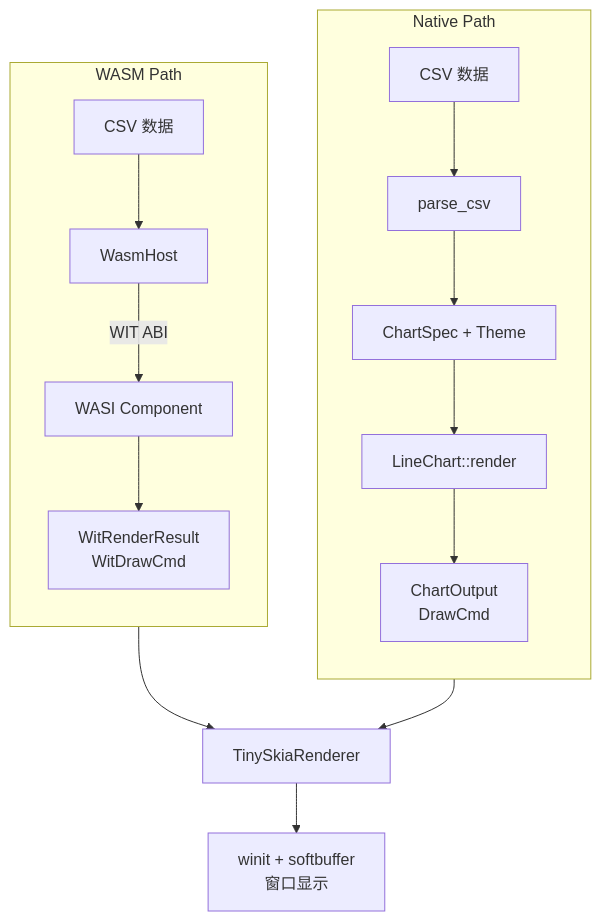
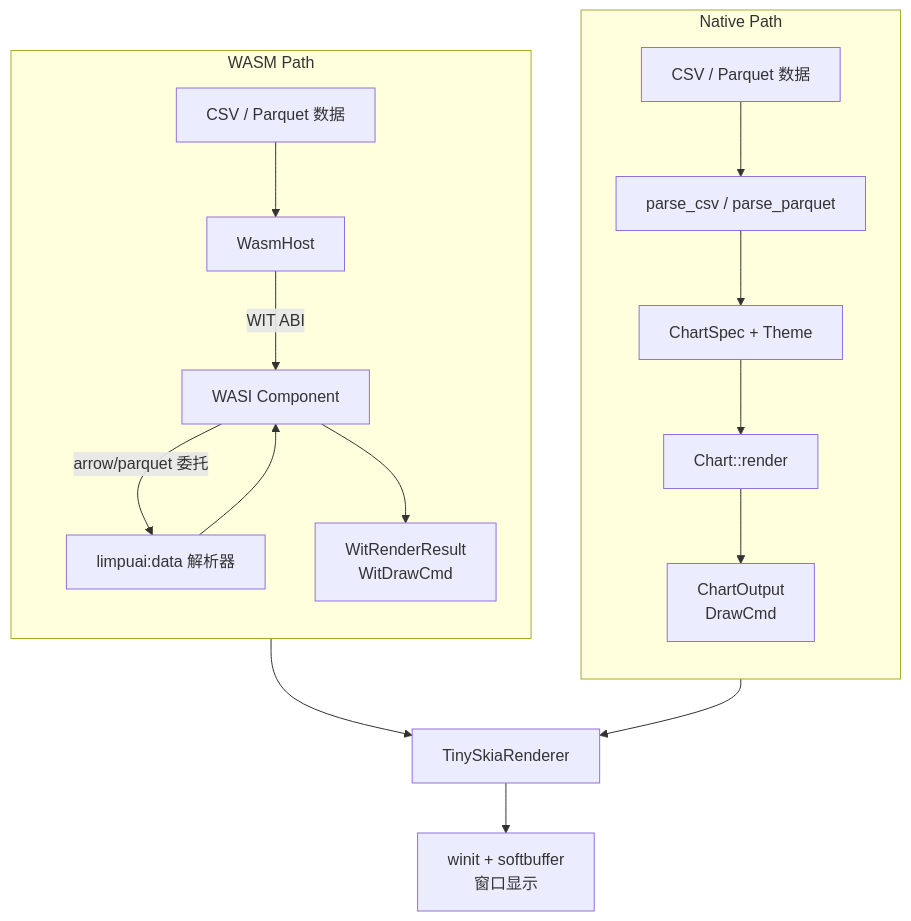
The first of 2 diagrams in docs/demo.md (LimpuAI/deneb-rs), drawn with Mermaid before and after one commit. The commit also changed other lines of this file and 29 other files, not shown here.

First line of the commit message:
feat: integrate limpuai-wit Arrow/Parquet parsers via WASI Component Model

````diff
--- a/docs/demo.md
+++ b/docs/demo.md
@@ -34,21 +46,23 @@
 ```mermaid
 flowchart TB
     subgraph Native["Native Path"]
         direction TB
-        csv1[CSV 数据] --> parser1[parse_csv]
+        data1[CSV / Parquet 数据] --> parser1[parse_csv / parse_parquet]
         parser1 --> spec1[ChartSpec + Theme]
-        spec1 --> chart1[LineChart::render]
+        spec1 --> chart1[Chart::render]
         chart1 --> output1[ChartOutput<br/>DrawCmd]
     end
 
     subgraph WASM["WASM Path"]
         direction TB
-        csv2[CSV 数据] --> host[WasmHost]
+        data2[CSV / Parquet 数据] --> host[WasmHost]
         host -->|WIT ABI| comp[WASI Component]
+        comp -->|arrow/parquet 委托| parsers[limpuai:data 解析器]
+        parsers --> comp
         comp --> output2[WitRenderResult<br/>WitDrawCmd]
     end
 
     output1 --> renderer[TinySkiaRenderer]
     output2 --> renderer
     renderer --> display[winit + softbuffer<br/>窗口显示]
 ```
````
